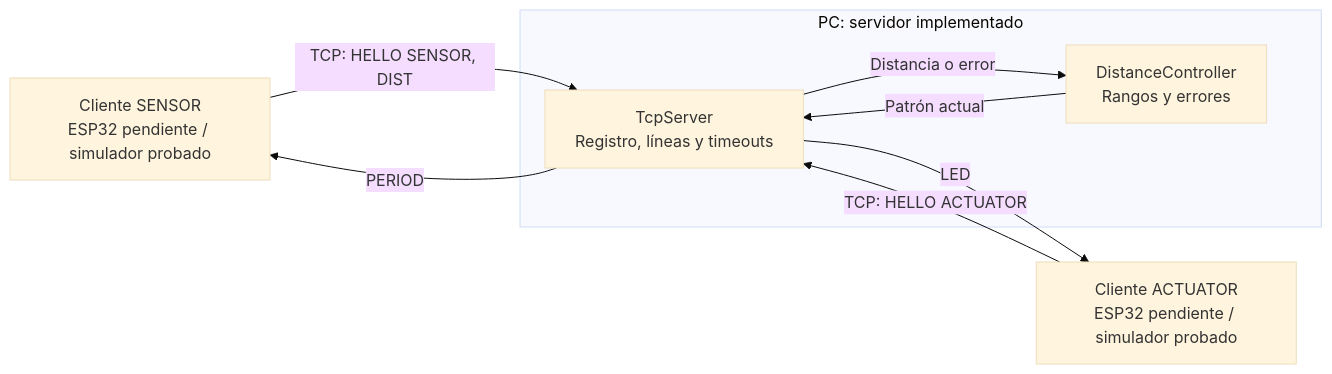
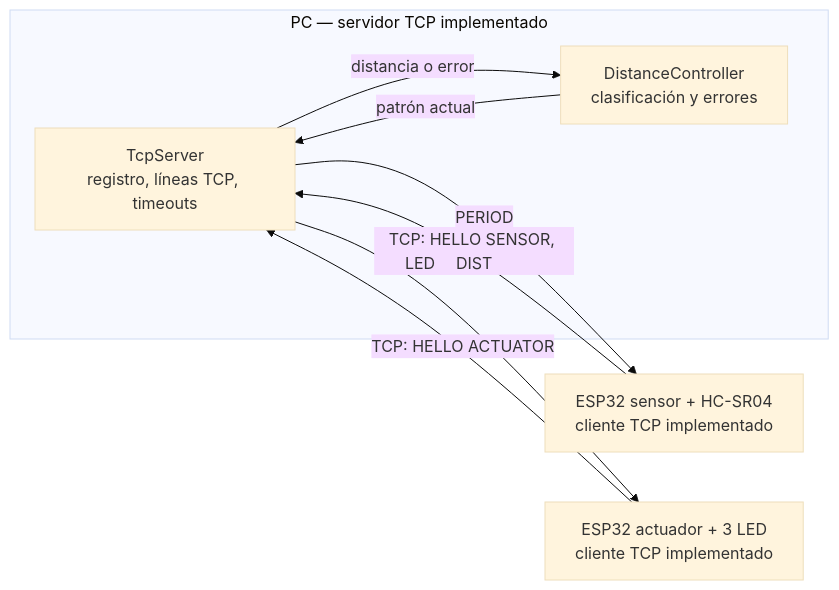
The diagram in docs/architecture.md (JoseCorralesAgreda/Proyecto-Practica-2-IOT), drawn with Mermaid (base theme) before and after one commit. The commit also changed other lines of this file and 10 other files, not shown here.

````diff
--- a/docs/architecture.md
+++ b/docs/architecture.md
@@ -5,15 +5,15 @@
 ```mermaid
 flowchart LR
-    S["Cliente SENSOR\nESP32 pendiente / simulador probado"]
-    subgraph PC["PC: servidor implementado"]
-        T["TcpServer\nRegistro, líneas y timeouts"]
-        C["DistanceController\nRangos y errores"]
-        T -->|"Distancia o error"| C
-        C -->|"Patrón actual"| T
+    subgraph PC["PC — servidor TCP implementado"]
+        T["TcpServer<br/>registro, líneas TCP, timeouts"]
+        C["DistanceController<br/>clasificación y errores"]
+        T -->|"distancia o error"| C
+        C -->|"patrón actual"| T
     end
-    A["Cliente ACTUATOR\nESP32 pendiente / simulador probado"]
+    S["ESP32 sensor + HC-SR04<br/>cliente TCP implementado"]
+    A["ESP32 actuador + 3 LED<br/>cliente TCP implementado"]
     S -->|"TCP: HELLO SENSOR, DIST"| T
     T -->|"PERIOD"| S
     A -->|"TCP: HELLO ACTUATOR"| T
     T -->|"LED"| A
 ```
````
